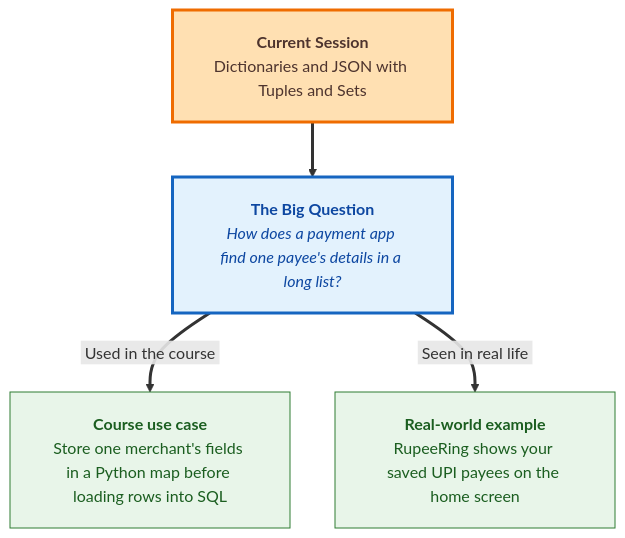
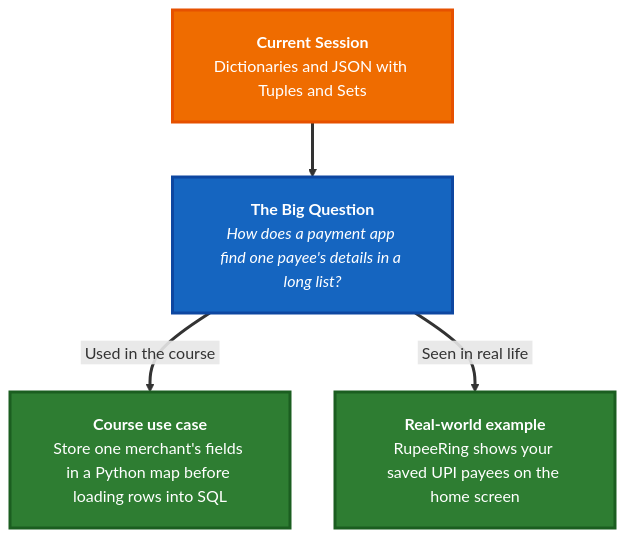
One commit to ayaznoori/Ayaz_Curriculum changed the diagram in IITP-AIDA-EN-III-2610/module-01-data-sql-foundations/lecture-06-dictionaries-and-json-with-tuples-and-sets/pre-read.md. Above: the diagram before and after it, drawn with Mermaid. The commit also changed 7 other files, not shown here.

First line of the commit message:
Use white Mermaid node labels on saturated fills.

````diff
--- a/IITP-AIDA-EN-III-2610/module-01-data-sql-foundations/lecture-06-dictionaries-and-json-with-tuples-and-sets/pre-read.md
+++ b/IITP-AIDA-EN-III-2610/module-01-data-sql-foundations/lecture-06-dictionaries-and-json-with-tuples-and-sets/pre-read.md
@@ -5,22 +5,22 @@
 ```mermaid
 %%{init: {'flowchart': {'nodeSpacing': 45, 'rankSpacing': 55, 'padding': 20}}}%%
 flowchart TB
   CUR["<b>Current Session</b><br/>Dictionaries and JSON with Tuples and Sets"]
   Q["<b>The Big Question</b><br/><i>How does a payment app find one payee's details in a long list?</i>"]
   CV["<b>Course use case</b><br/>Store one merchant's fields in a Python map before loading rows into SQL"]
   RL["<b>Real-world example</b><br/>RupeeRing shows your saved UPI payees on the home screen"]
 
   CUR ==> Q
   Q ==>|&nbsp;Used in the course&nbsp;| CV
   Q ==>|&nbsp;Seen in real life&nbsp;| RL
 
-  classDef currSes fill:#ffe0b2,stroke:#ef6c00,color:#4e342e,stroke-width:3px
-  classDef ask fill:#e3f2fd,stroke:#1565c0,color:#0d47a1,stroke-width:3px
-  classDef val fill:#e8f5e9,stroke:#2e7d32,color:#1b5e20
+  classDef currSes fill:#ef6c00,stroke:#e65100,color:#ffffff,stroke-width:3px
+  classDef ask fill:#1565c0,stroke:#0d47a1,color:#ffffff,stroke-width:3px
+  classDef val fill:#2e7d32,stroke:#1b5e20,color:#ffffff,stroke-width:3px
 
   class CUR currSes
   class Q ask
   class CV,RL val
 
   linkStyle default stroke-width:3px
 ```
````
